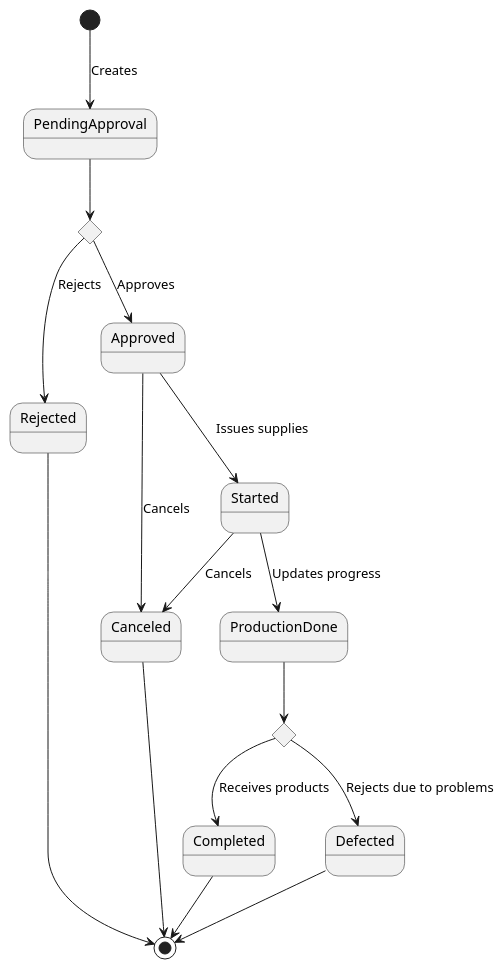
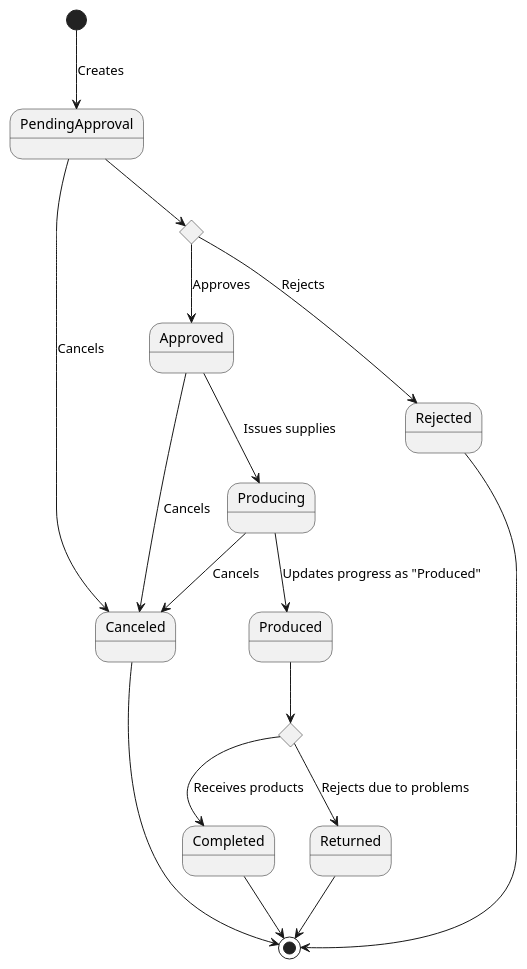
The diagram in states/production-order.plantuml (phihungha/scmss-reqs), drawn with PlantUML before and after one commit. The commit also changed 13 other files, not shown here.

Commit message:
Minor BRD diagram fixes

```diff
--- a/states/production-order.plantuml
+++ b/states/production-order.plantuml
@@ -1,25 +1,27 @@
 @startuml production-order
 
 [*] --> PendingApproval : Creates
 
 state approval <<choice>>
 PendingApproval --> approval
+PendingApproval --> Canceled : Cancels
+
 approval --> Rejected : Rejects
 Rejected --> [*]
 approval --> Approved : Approves
 
 Approved --> Canceled : Cancels
-Approved --> Started : Issues supplies
+Approved --> Producing : Issues supplies
 
-Started --> Canceled : Cancels
-Started --> ProductionDone : Updates progress
+Producing --> Canceled : Cancels
+Producing --> Produced : Updates progress as "Produced"
 
 state check <<choice>>
-ProductionDone --> check
+Produced --> check
 check --> Completed : Receives products
 Completed --> [*]
-check --> Defected : Rejects due to problems
-Defected --> [*]
+check --> Returned : Rejects due to problems
+Returned --> [*]
 
 Canceled --> [*]
 @enduml
```
